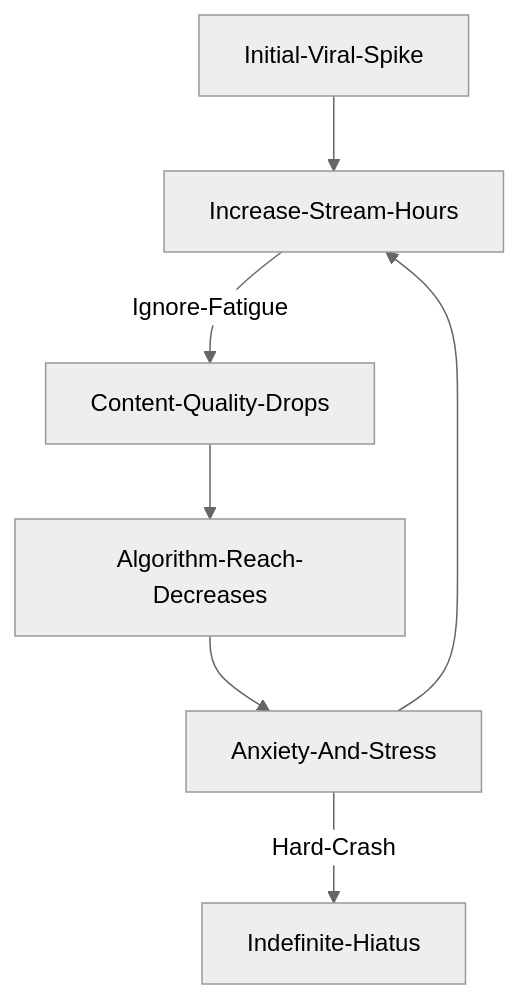
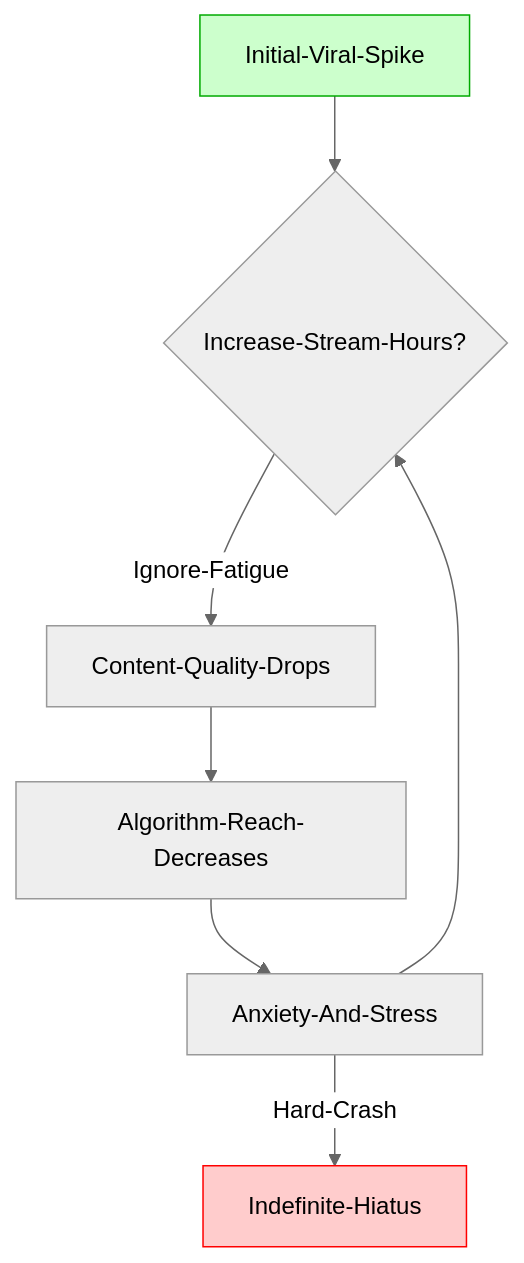
One commit to littl3-boat/ttwise changed the diagram in data/blog/tiktok-live-gaming-burnout-signs-2026.mdx. Above: the diagram before and after it, drawn with Mermaid (neutral theme). The commit also changed 35 other files, not shown here.

First line of the commit message:
feat: fix Mermaid diagram syntax across blog posts and add new Reddit-sourced blog entries

````diff
--- a/data/blog/tiktok-live-gaming-burnout-signs-2026.mdx
+++ b/data/blog/tiktok-live-gaming-burnout-signs-2026.mdx
@@ -46,9 +46,12 @@
 ```mermaid
 flowchart TD
-    A[Initial-Viral-Spike] --> B[Increase-Stream-Hours]
+    A[Initial-Viral-Spike] --> B{Increase-Stream-Hours?}
     B -- Ignore-Fatigue --> C[Content-Quality-Drops]
     C --> D[Algorithm-Reach-Decreases]
     D --> E[Anxiety-And-Stress]
     E --> B
     E -- Hard-Crash --> F[Indefinite-Hiatus]
+
+    style A fill:#ccffcc,stroke:#00aa00
+    style F fill:#ffcccc,stroke:#ff0000
 ```
````
